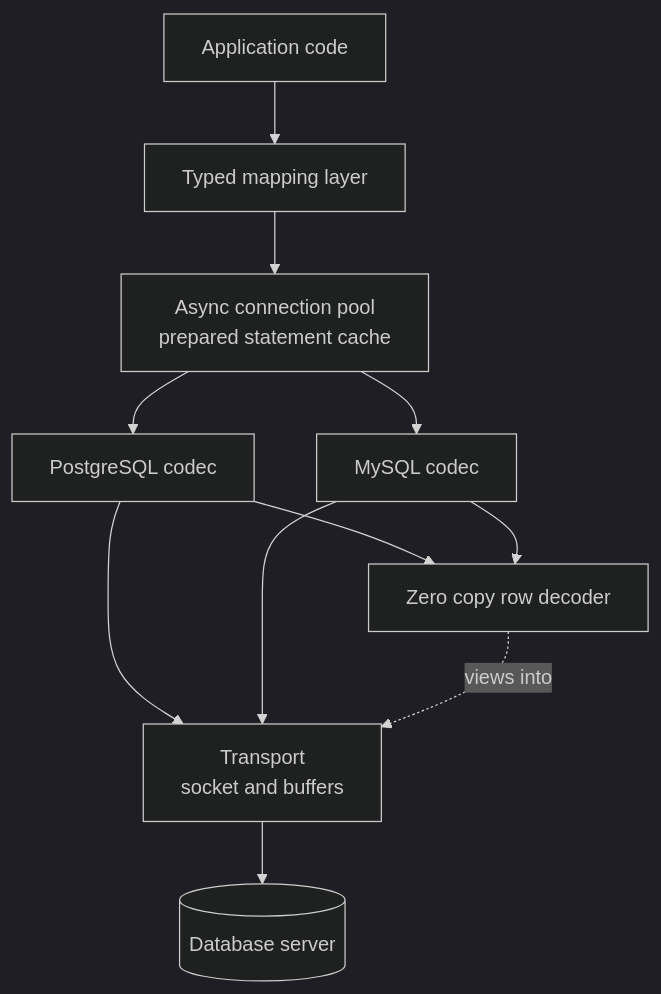
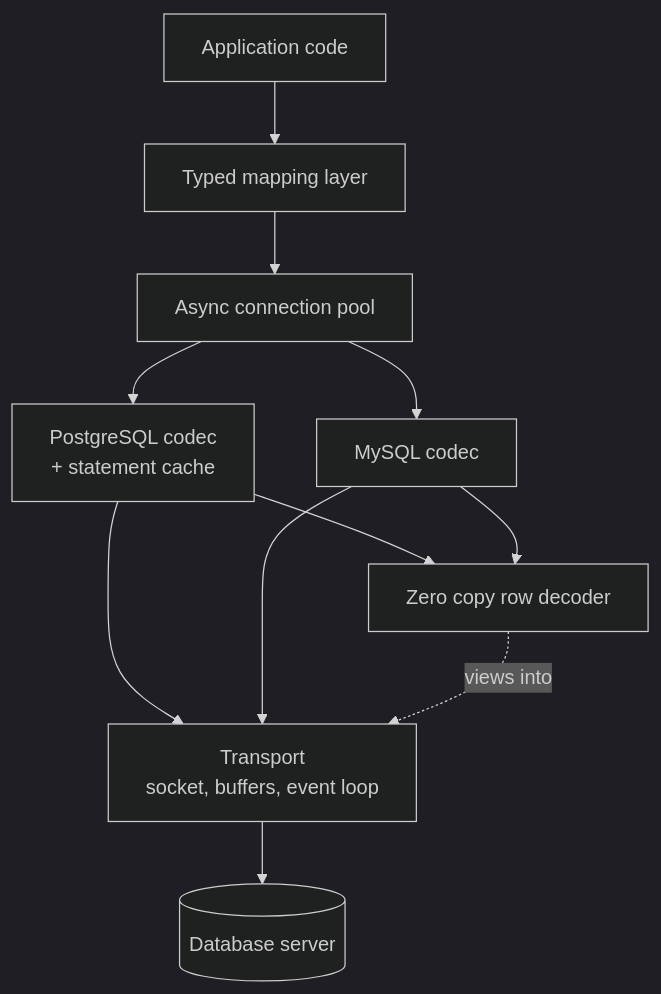
The diagram in README.md (Alex-Tsvetanov/conduit), drawn with Mermaid (dark theme) before and after one commit. The commit also changed other lines of this file and 9 other files, not shown here.

````diff
--- a/README.md
+++ b/README.md
@@ -52,13 +65,13 @@
 ```mermaid
 flowchart TD
     App[Application code] --> Map[Typed mapping layer]
-    Map --> Pool[Async connection pool<br/>prepared statement cache]
-    Pool --> PG[PostgreSQL codec]
+    Map --> Pool[Async connection pool]
+    Pool --> PG[PostgreSQL codec<br/>+ statement cache]
     Pool --> MY[MySQL codec]
     PG --> Dec[Zero copy row decoder]
     MY --> Dec
-    PG --> Tr[Transport<br/>socket and buffers]
+    PG --> Tr[Transport<br/>socket, buffers, event loop]
     MY --> Tr
     Dec -. views into .-> Tr
     Tr --> Net[(Database server)]
 ```
````
